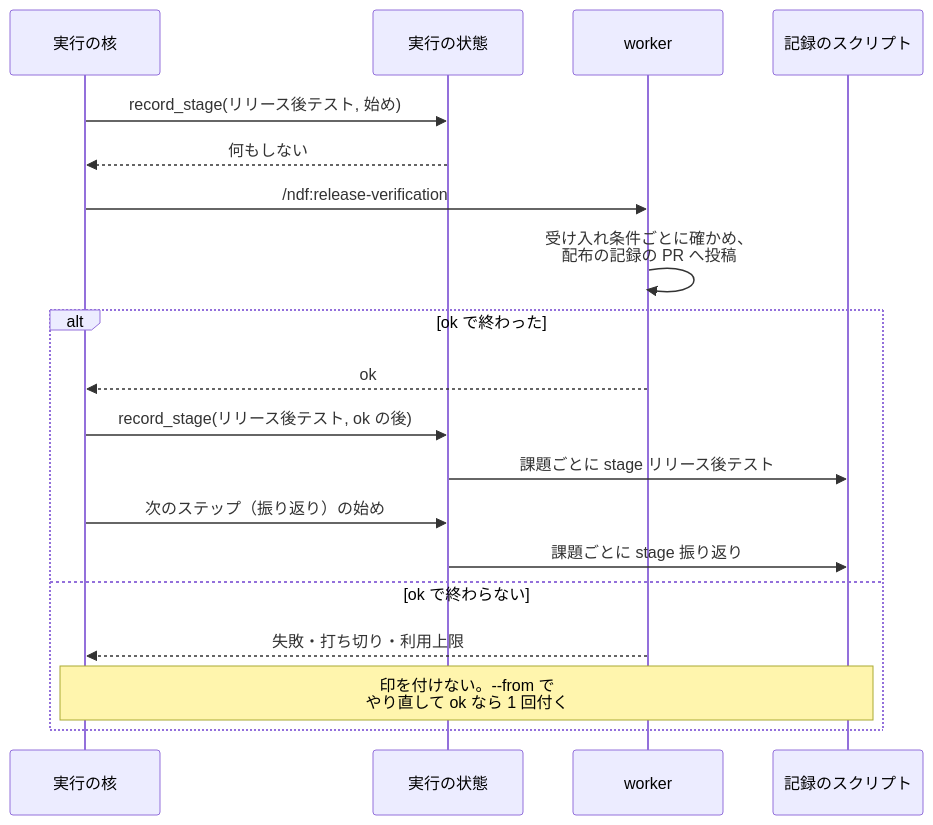
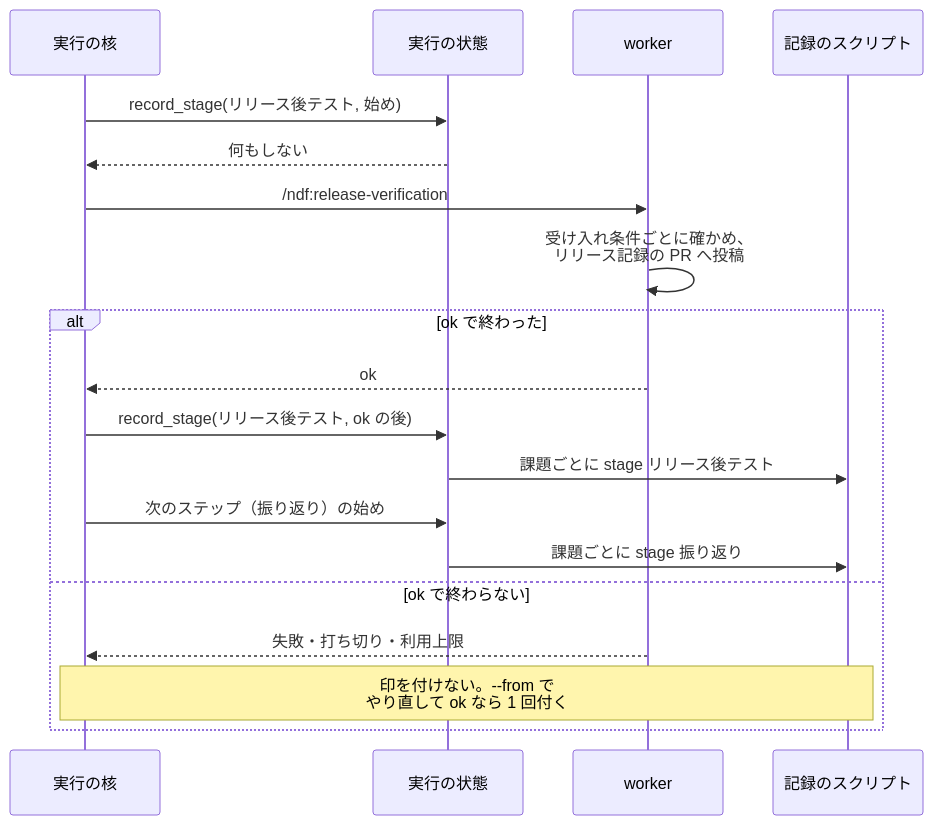
The diagram in docs/specifications/ndf-supervise-verification-mark-after-ok.md (devbasex/ai-plugins), drawn with Mermaid before and after one commit. The commit also changed other lines of this file and 79 other files, not shown here.

````diff
--- a/docs/specifications/ndf-supervise-verification-mark-after-ok.md
+++ b/docs/specifications/ndf-supervise-verification-mark-after-ok.md
@@ -63,21 +63,21 @@
 ```mermaid
 sequenceDiagram
     participant 核 as 実行の核
     participant 状 as 実行の状態
     participant W as worker
     participant 記 as 記録のスクリプト
     核->>状: record_stage(リリース後テスト, 始め)
     状-->>核: 何もしない
     核->>W: /ndf:release-verification
-    W->>W: 受け入れ条件ごとに確かめ、<br/>配布の記録の PR へ投稿
+    W->>W: 受け入れ条件ごとに確かめ、<br/>リリース記録の PR へ投稿
     alt ok で終わった
         W-->>核: ok
         核->>状: record_stage(リリース後テスト, ok の後)
         状->>記: 課題ごとに stage リリース後テスト
         核->>状: 次のステップ（振り返り）の始め
         状->>記: 課題ごとに stage 振り返り
     else ok で終わらない
         W-->>核: 失敗・打ち切り・利用上限
         Note over 核,記: 印を付けない。--from で<br/>やり直して ok なら 1 回付く
     end
 ```
````
